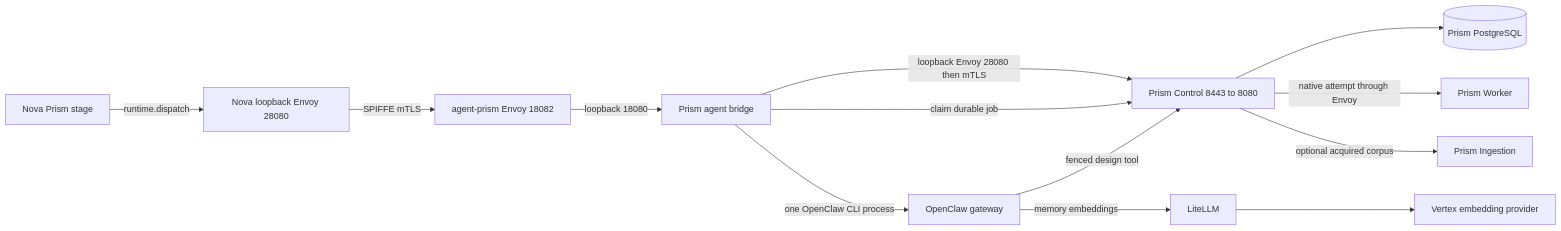
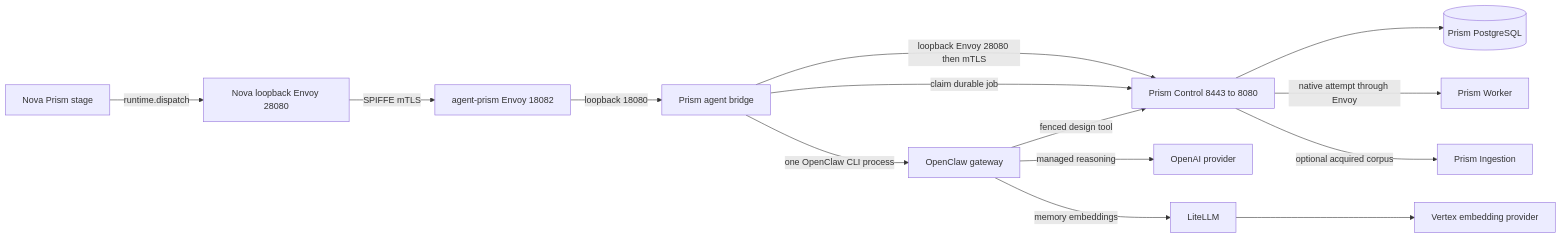
One commit to datrab/kubeclaw changed the diagram in docs/site/understand/communication.md. Above: the diagram before and after it, drawn with Mermaid. The commit also changed other lines of this file and 32 other files, not shown here.

````diff
--- a/docs/site/understand/communication.md
+++ b/docs/site/understand/communication.md
@@ -28,15 +28,16 @@
 ```mermaid
 flowchart LR
     Nova[Nova Prism stage] -->|runtime.dispatch| NEnvoy[Nova loopback Envoy 28080]
     NEnvoy -->|SPIFFE mTLS| AEnvoy[agent-prism Envoy 18082]
     AEnvoy -->|loopback 18080| Bridge[Prism agent bridge]
     Bridge -->|loopback Envoy 28080 then mTLS| Control[Prism Control 8443 to 8080]
     Control --> DB[(Prism PostgreSQL)]
     Bridge -->|claim durable job| Control
     Bridge -->|one OpenClaw CLI process| Gateway[OpenClaw gateway]
     Gateway -->|fenced design tool| Control
     Control -->|native attempt through Envoy| Worker[Prism Worker]
     Control -->|optional acquired corpus| Ingestion[Prism Ingestion]
+    Gateway -->|managed reasoning| OpenAI[OpenAI provider]
     Gateway -->|memory embeddings| LiteLLM[LiteLLM]
     LiteLLM --> Provider[Vertex embedding provider]
 ```
````
